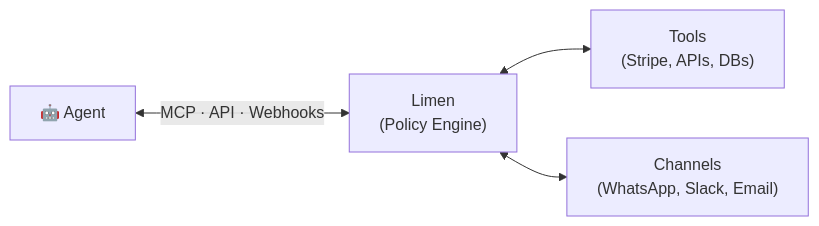
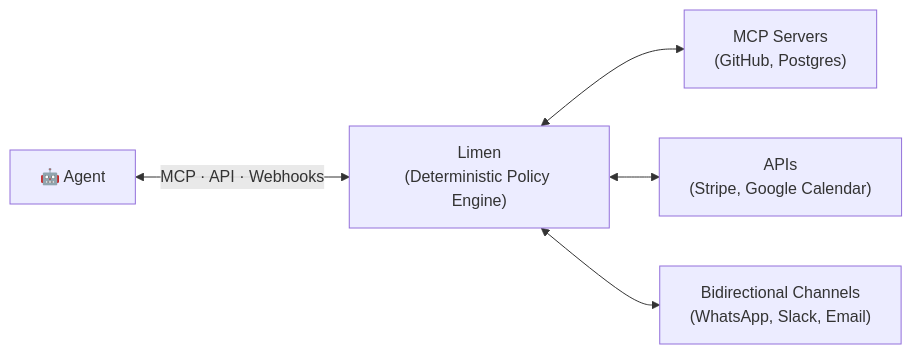
The diagram in README.md (limen-io/limen), drawn with Mermaid before and after one commit.

Commit message:
Improves mermaid diagram

````diff
--- a/README.md
+++ b/README.md
@@ -9,10 +9,11 @@
 ```mermaid
 flowchart LR
     Agent["🤖 Agent"]
-    Limen["Limen\n(Policy Engine)"]
+    Limen["Limen\n(Deterministic Policy Engine)"]
 
     Agent <-->|"MCP · API · Webhooks"| Limen
 
-    Limen <--> Tools["Tools\n(Stripe, APIs, DBs)"]
-    Limen <--> Channels["Channels\n(WhatsApp, Slack, Email)"]
+    Limen <--> MCPs["MCP Servers\n(GitHub, Postgres)"]
+    Limen <--> APIs["APIs\n(Stripe, Google Calendar)"]
+    Limen <--> Channels["Bidirectional Channels\n(WhatsApp, Slack, Email)"]
 ```
````
